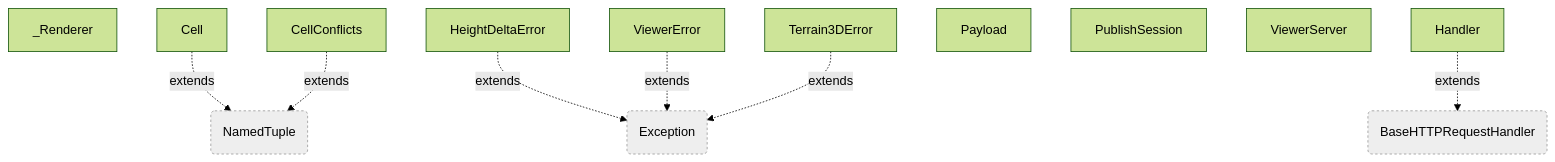
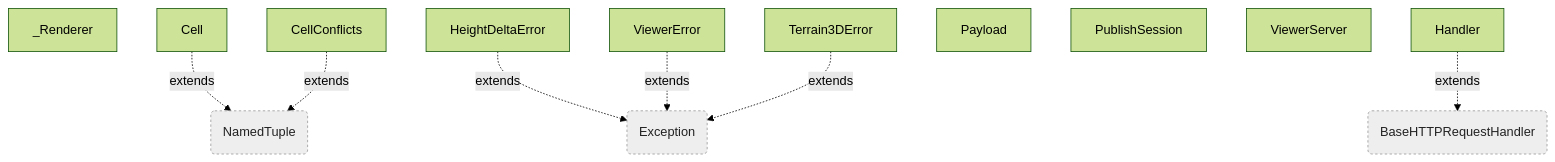
One commit to staticnation/WraithguardToolkit changed diagram 18 of 18 in art/AST-deps.md. Above: the diagram before and after it, drawn with Mermaid (forest theme). The commit also changed other lines of this file and 25 other files, not shown here.

````diff
--- a/art/AST-deps.md
+++ b/art/AST-deps.md
@@ -1356,23 +3024,23 @@
 ```mermaid
 flowchart TD
   n_wraithguard_viz_docs__Renderer["_Renderer"]
   n_wraithguard_viz_geometry_Cell["Cell"]
   n_wraithguard_viz_geometry_CellConflicts["CellConflicts"]
   n_wraithguard_viz_heightdelta_HeightDeltaError["HeightDeltaError"]
   n_wraithguard_viz_library_ViewerError["ViewerError"]
   n_wraithguard_viz_serve_Handler["Handler"]
   n_wraithguard_viz_serve_Payload["Payload"]
   n_wraithguard_viz_serve_PublishSession["PublishSession"]
   n_wraithguard_viz_serve_ViewerServer["ViewerServer"]
   n_wraithguard_viz_terrain3d_Terrain3DError["Terrain3DError"]
   n_EXTBASE_NamedTuple("NamedTuple"):::external
   n_wraithguard_viz_geometry_Cell -.->|extends| n_EXTBASE_NamedTuple
   n_wraithguard_viz_geometry_CellConflicts -.->|extends| n_EXTBASE_NamedTuple
   n_EXTBASE_Exception("Exception"):::external
   n_wraithguard_viz_heightdelta_HeightDeltaError -.->|extends| n_EXTBASE_Exception
   n_wraithguard_viz_library_ViewerError -.->|extends| n_EXTBASE_Exception
   n_EXTBASE_BaseHTTPRequestHandler("BaseHTTPRequestHandler"):::external
   n_wraithguard_viz_serve_Handler -.->|extends| n_EXTBASE_BaseHTTPRequestHandler
   n_wraithguard_viz_terrain3d_Terrain3DError -.->|extends| n_EXTBASE_Exception
-  classDef external fill:#eee,stroke:#999,stroke-dasharray: 3 3
+  classDef external fill:#eee,stroke:#999,stroke-dasharray: 3 3,color:#222
 ```
````
